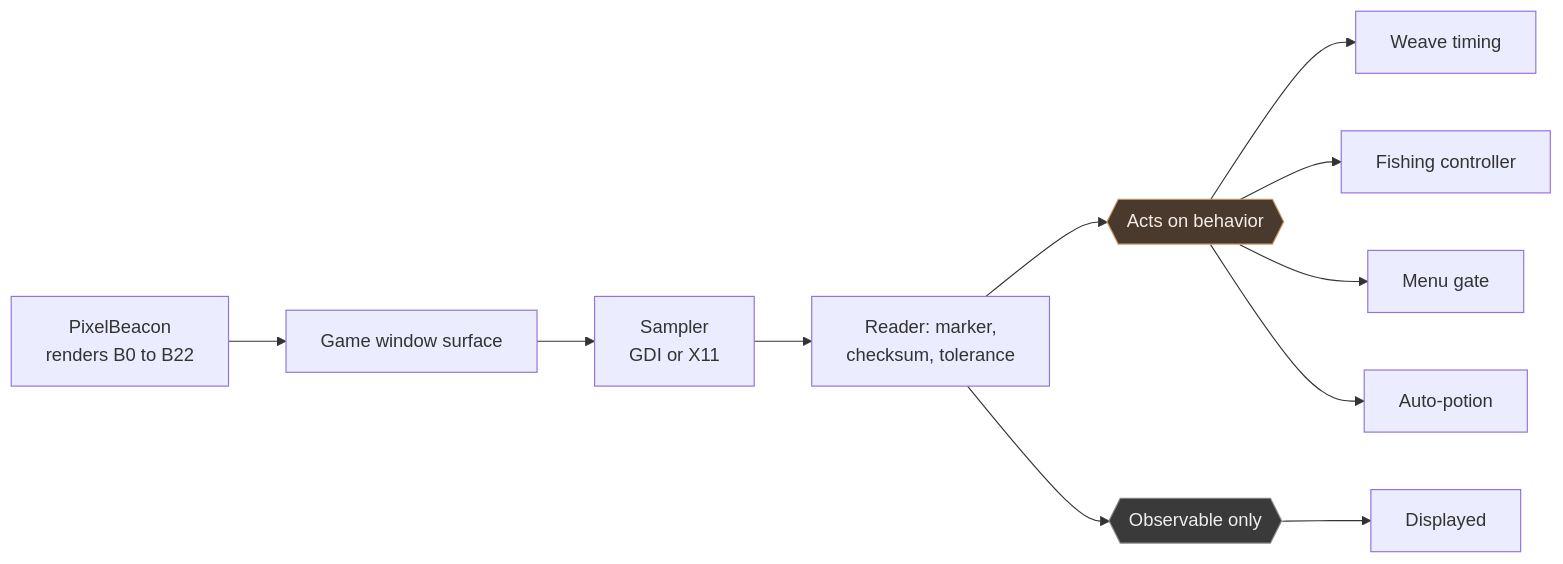
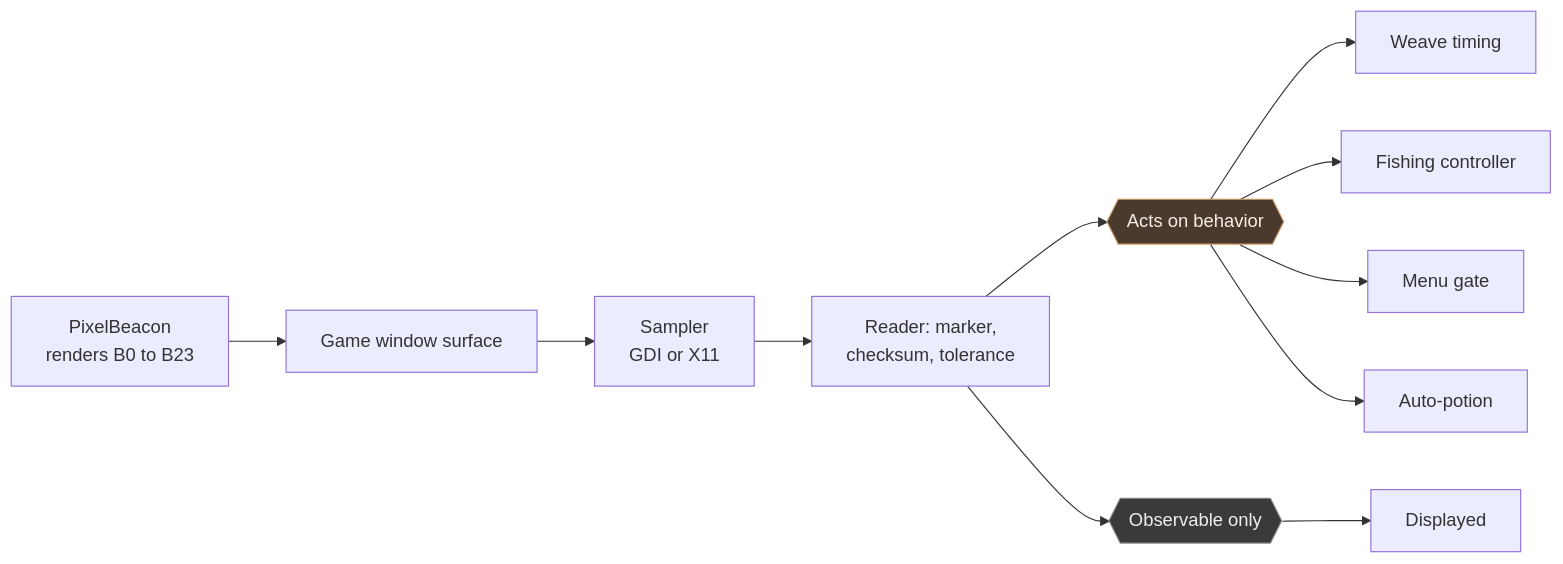
One commit to h8rt3rmin8r/eso-weave changed the fourth of 4 diagrams in docs/ESO-Weave-Specification.md. Above: the diagram before and after it, drawn with Mermaid. The commit also changed other lines of this file and 34 other files, not shown here.

````diff
--- a/docs/ESO-Weave-Specification.md
+++ b/docs/ESO-Weave-Specification.md
@@ -621,16 +633,16 @@
 ```mermaid
 flowchart LR
-    ADDON[PixelBeacon<br/>renders B0 to B22] --> SURF[Game window surface]
+    ADDON[PixelBeacon<br/>renders B0 to B23] --> SURF[Game window surface]
     SURF --> SMP[Sampler<br/>GDI or X11]
     SMP --> RDR[Reader: marker,<br/>checksum, tolerance]
     RDR --> ACT{{Acts on behavior}}
     RDR --> OBS{{Observable only}}
     ACT --> WE[Weave timing]
     ACT --> FC[Fishing controller]
     ACT --> GATE[Menu gate]
     ACT --> AP[Auto-potion]
     OBS --> UI[Displayed]
 
     style ACT fill:#4a3a2d,stroke:#c96,color:#f5ece8
     style OBS fill:#3a3a3a,stroke:#888,color:#eee
 ```
````
